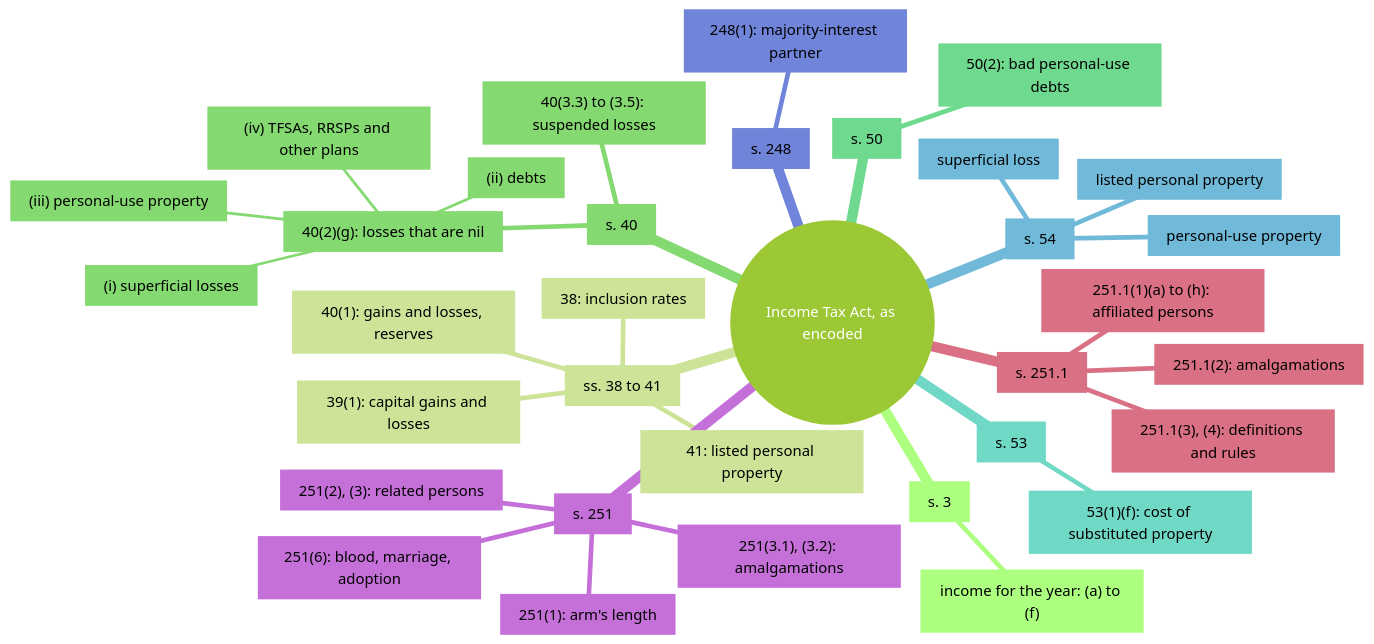
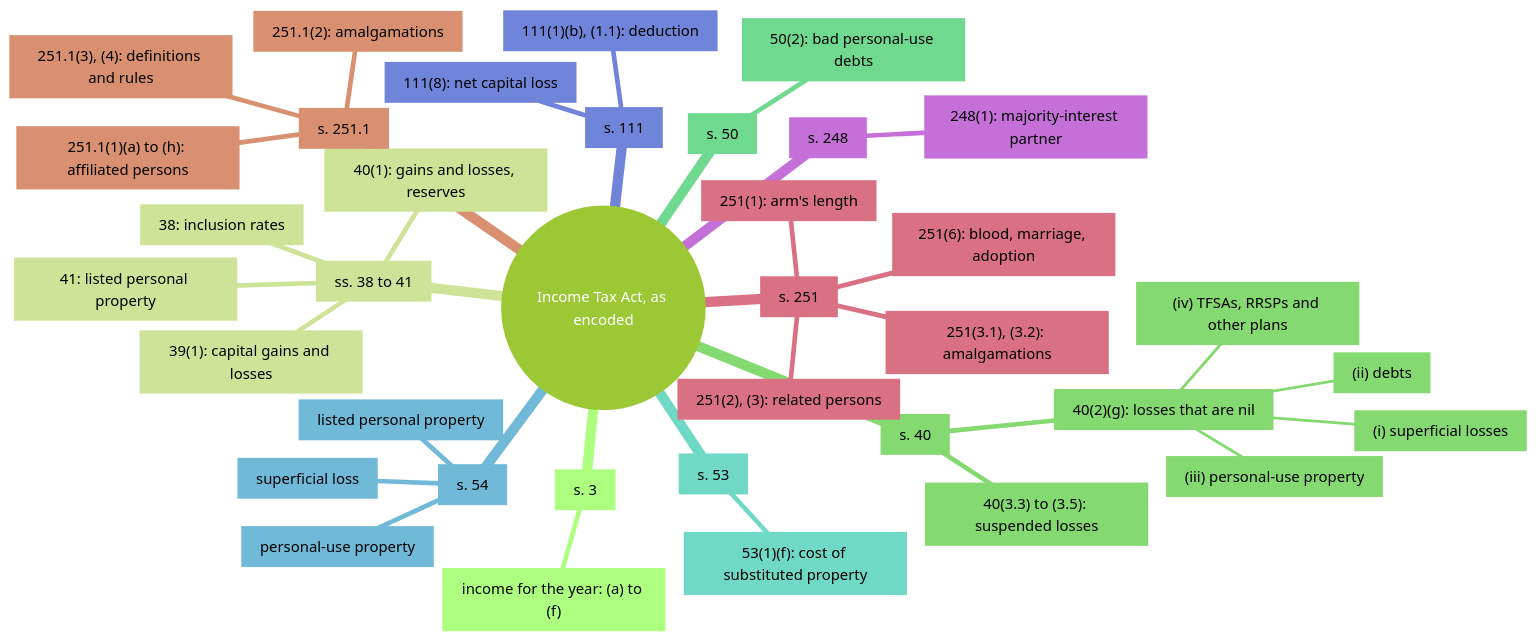
One commit to SeanWMurray/Canteen changed the fourth of 4 diagrams in docs/graphs/dashboard.md. Above: the diagram before and after it, drawn with Mermaid (forest theme). The commit also changed other lines of this file and 17 other files, not shown here.

First line of the commit message:
Encode net capital losses and taxable income: 111(8), (1)(b), (1.1)

````diff
--- a/docs/graphs/dashboard.md
+++ b/docs/graphs/dashboard.md
@@ -66,37 +66,40 @@
 ```mermaid
 mindmap
   root((Income Tax Act, as encoded))
     n0["`s. 3`"]
       n1["`income for the year: (a) to (f)`"]
     n2["`ss. 38 to 41`"]
       n3["`38: inclusion rates`"]
       n4["`39(1): capital gains and losses`"]
       n5["`40(1): gains and losses, reserves`"]
       n6["`41: listed personal property`"]
     n7["`s. 40`"]
       n8["`40(2)(g): losses that are nil`"]
         n9["`(i) superficial losses`"]
         n10["`(ii) debts`"]
         n11["`(iii) personal-use property`"]
         n12["`(iv) TFSAs, RRSPs and other plans`"]
       n13["`40(3.3) to (3.5): suspended losses`"]
     n14["`s. 50`"]
       n15["`50(2): bad personal-use debts`"]
     n16["`s. 53`"]
       n17["`53(1)(f): cost of substituted property`"]
     n18["`s. 54`"]
       n19["`superficial loss`"]
       n20["`personal-use property`"]
       n21["`listed personal property`"]
-    n22["`s. 248`"]
-      n23["`248(1): majority-interest partner`"]
-    n24["`s. 251`"]
-      n25["`251(1): arm's length`"]
-      n26["`251(2), (3): related persons`"]
-      n27["`251(3.1), (3.2): amalgamations`"]
-      n28["`251(6): blood, marriage, adoption`"]
-    n29["`s. 251.1`"]
-      n30["`251.1(1)(a) to (h): affiliated persons`"]
-      n31["`251.1(2): amalgamations`"]
-      n32["`251.1(3), (4): definitions and rules`"]
+    n22["`s. 111`"]
+      n23["`111(8): net capital loss`"]
+      n24["`111(1)(b), (1.1): deduction`"]
+    n25["`s. 248`"]
+      n26["`248(1): majority-interest partner`"]
+    n27["`s. 251`"]
+      n28["`251(1): arm's length`"]
+      n29["`251(2), (3): related persons`"]
+      n30["`251(3.1), (3.2): amalgamations`"]
+      n31["`251(6): blood, marriage, adoption`"]
+    n32["`s. 251.1`"]
+      n33["`251.1(1)(a) to (h): affiliated persons`"]
+      n34["`251.1(2): amalgamations`"]
+      n35["`251.1(3), (4): definitions and rules`"]
 ```
````
